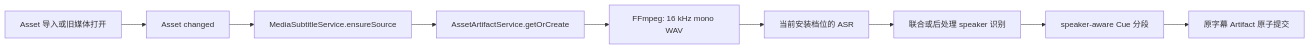
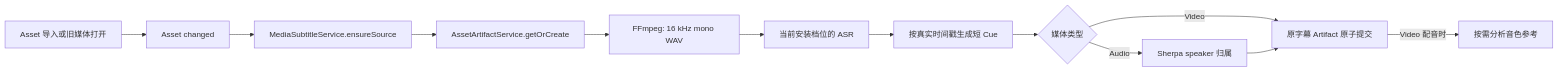
The first of 2 diagrams in docs/superpowers/specs/2026-08-16-video-subtitle-translation-design.md (wu-tian807/learning-companion), drawn with Mermaid before and after one commit. The commit also changed other lines of this file and 29 other files, not shown here.

````diff
--- a/docs/superpowers/specs/2026-08-16-video-subtitle-translation-design.md
+++ b/docs/superpowers/specs/2026-08-16-video-subtitle-translation-design.md
@@ -182,11 +178,14 @@
 ```mermaid
 flowchart LR
     IMPORT["Asset 导入或旧媒体打开"] --> EVENT["Asset changed"]
     EVENT --> SERVICE["MediaSubtitleService.ensureSource"]
     SERVICE --> CACHE["AssetArtifactService.getOrCreate"]
     CACHE --> NORMALIZE["FFmpeg: 16 kHz mono WAV"]
     NORMALIZE --> ASR["当前安装档位的 ASR"]
-    ASR --> SPEAKER["联合或后处理 speaker 识别"]
-    SPEAKER --> SEGMENT["speaker-aware Cue 分段"]
-    SEGMENT --> ARTIFACT["原字幕 Artifact 原子提交"]
+    ASR --> SEGMENT["按真实时间戳生成短 Cue"]
+    SEGMENT --> KIND{"媒体类型"}
+    KIND -->|Video| ARTIFACT["原字幕 Artifact 原子提交"]
+    KIND -->|Audio| SPEAKER["Sherpa speaker 归属"]
+    SPEAKER --> ARTIFACT
+    ARTIFACT -->|Video 配音时| DUBBING_SPEAKER["按需分析音色参考"]
 ```
````
